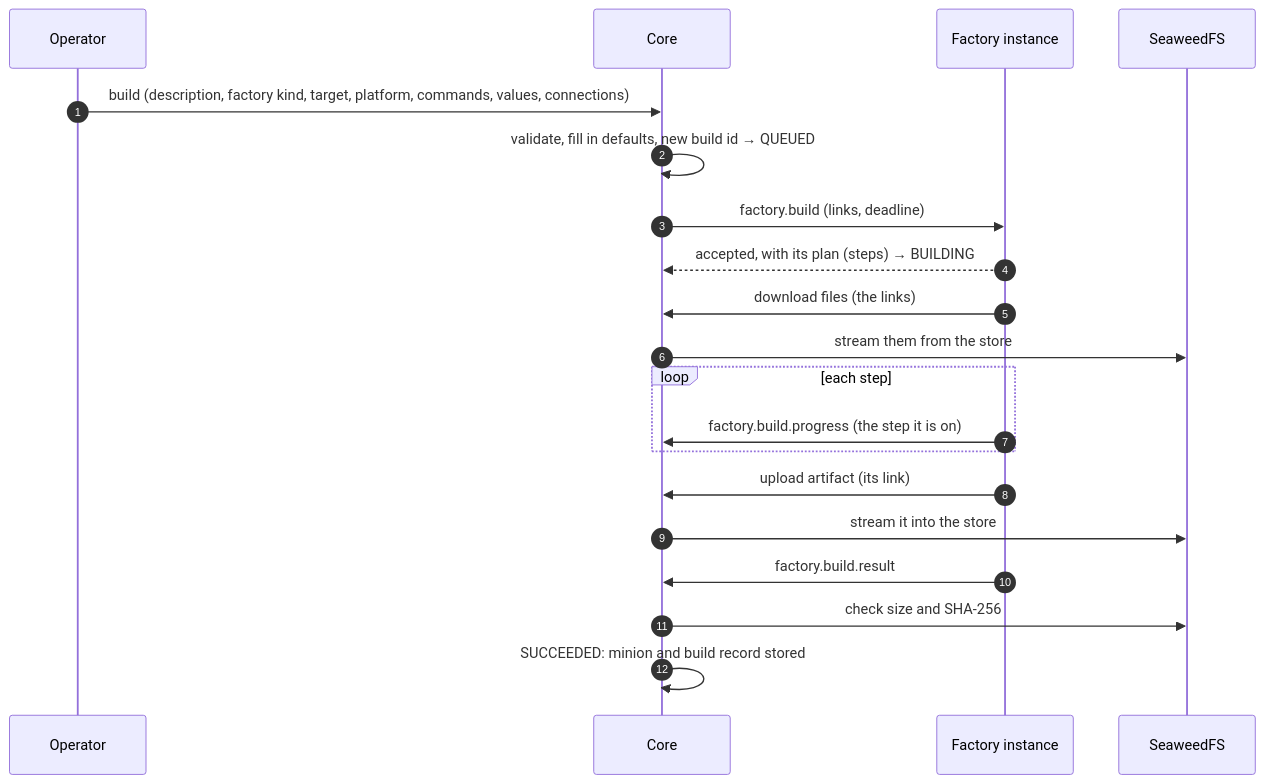
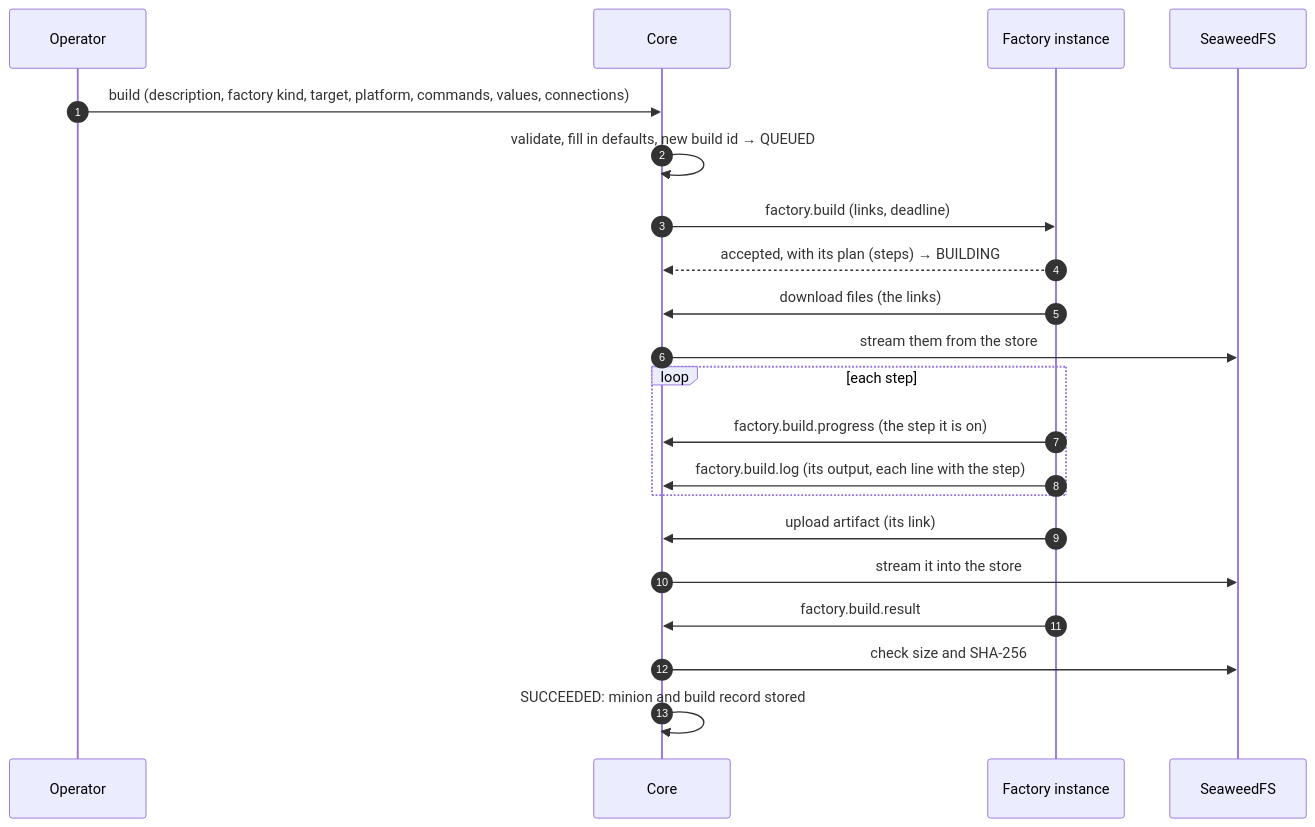
Before and after one commit to LogosCore/logos-docs: the second of 2 diagrams in src/content/docs/contracts/minion-build.md, drawn with Mermaid. The commit also changed other lines of this file and 5 other files, not shown here.

First line of the commit message:
The live build log

````diff
--- a/src/content/docs/contracts/minion-build.md
+++ b/src/content/docs/contracts/minion-build.md
@@ -570,22 +570,23 @@
 ```mermaid
 sequenceDiagram
     autonumber
     participant OP as Operator
     participant CORE as Core
     participant F as Factory instance
     participant S3 as SeaweedFS
     OP->>CORE: build (description, factory kind, target, platform, commands, values, connections)
     CORE->>CORE: validate, fill in defaults, new build id → QUEUED
     CORE->>F: factory.build (links, deadline)
     F-->>CORE: accepted, with its plan (steps) → BUILDING
     F->>CORE: download files (the links)
     CORE->>S3: stream them from the store
     loop each step
         F->>CORE: factory.build.progress (the step it is on)
+        F->>CORE: factory.build.log (its output, each line with the step)
     end
     F->>CORE: upload artifact (its link)
     CORE->>S3: stream it into the store
     F->>CORE: factory.build.result
     CORE->>S3: check size and SHA-256
     CORE->>CORE: SUCCEEDED: minion and build record stored
 ```
````
